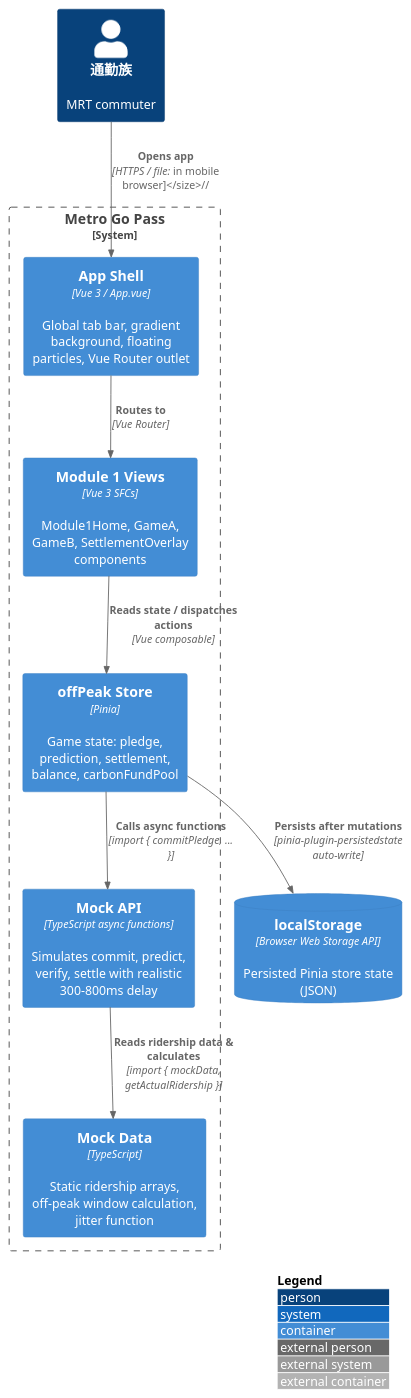
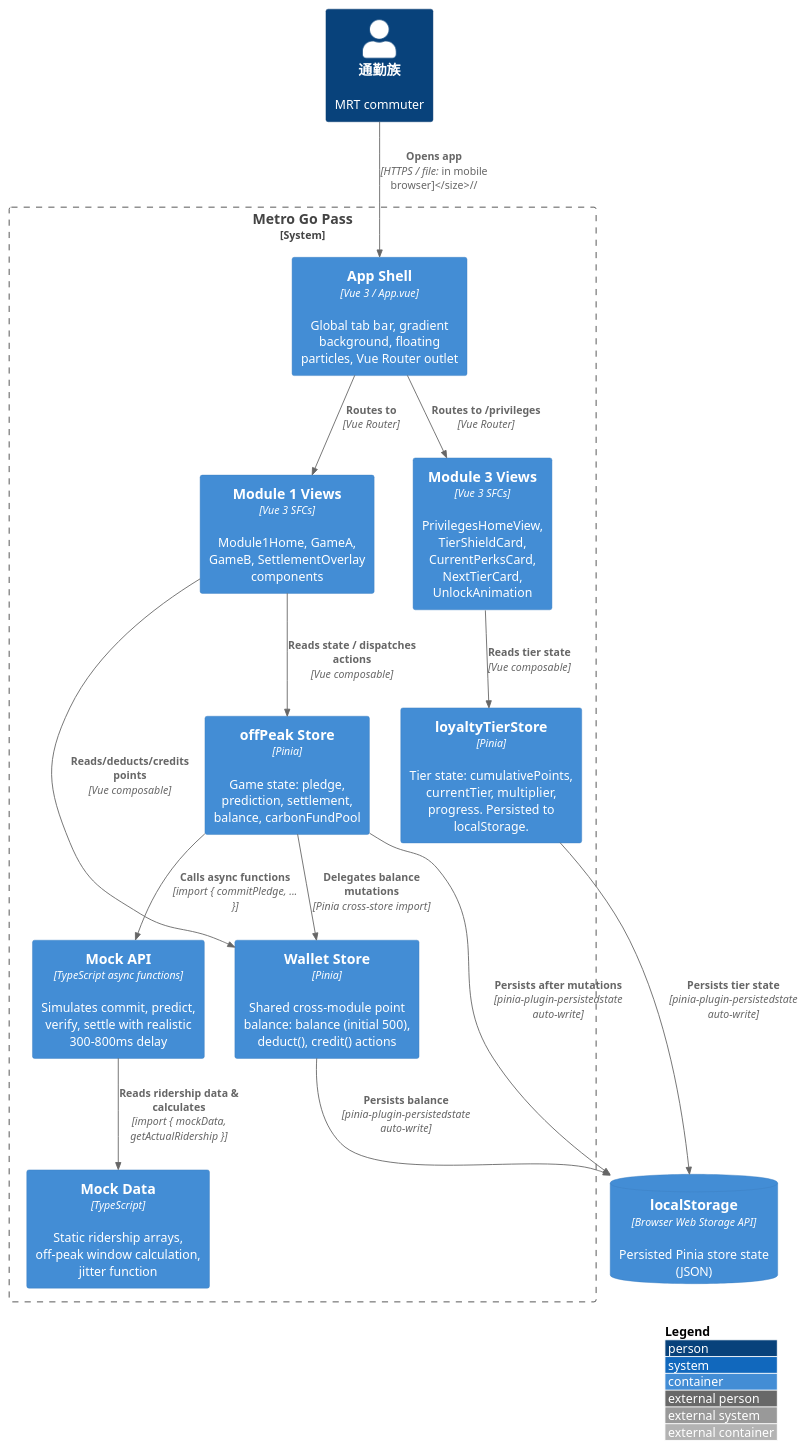
Before and after one commit to xxxthepaulxxx/metro-play: the diagram in docs/architecture/c4-container.puml, drawn with PlantUML. The commit also changed 1 other file, not shown here.

Commit message:
docs(arch): metro-loyalty-tier C4 container update

```diff
--- a/docs/architecture/c4-container.puml
+++ b/docs/architecture/c4-container.puml
@@ -1,34 +1,52 @@
 @startuml c4-container
 !include https://raw.githubusercontent.com/plantuml-stdlib/C4-PlantUML/master/C4_Container.puml
 
 LAYOUT_WITH_LEGEND()
 
 Person(commuter, "通勤族", "MRT commuter")
 
 System_Boundary(metroPlay, "Metro Go Pass") {
   Container(appShell, "App Shell", "Vue 3 / App.vue", "Global tab bar, gradient background, floating particles, Vue Router outlet")
 
   Container(module1, "Module 1 Views", "Vue 3 SFCs", "Module1Home, GameA, GameB, SettlementOverlay components")
 
+  Container(module3, "Module 3 Views", "Vue 3 SFCs", "PrivilegesHomeView, TierShieldCard, CurrentPerksCard, NextTierCard, UnlockAnimation")
+
   Container(store, "offPeak Store", "Pinia", "Game state: pledge, prediction, settlement, balance, carbonFundPool")
+
+  Container(loyaltyStore, "loyaltyTierStore", "Pinia", "Tier state: cumulativePoints, currentTier, multiplier, progress. Persisted to localStorage.")
+
+  Container(walletStore, "Wallet Store", "Pinia", "Shared cross-module point balance: balance (initial 500), deduct(), credit() actions")
 
   Container(mockApi, "Mock API", "TypeScript async functions", "Simulates commit, predict, verify, settle with realistic 300-800ms delay")
 
   Container(mockData, "Mock Data", "TypeScript", "Static ridership arrays, off-peak window calculation, jitter function")
 }
 
 ContainerDb(ls, "localStorage", "Browser Web Storage API", "Persisted Pinia store state (JSON)")
 
 Rel(commuter, appShell, "Opens app", "HTTPS / file:// in mobile browser")
 
 Rel(appShell, module1, "Routes to", "Vue Router")
 
+Rel(appShell, module3, "Routes to /privileges", "Vue Router")
+
 Rel(module1, store, "Reads state / dispatches actions", "Vue composable")
+
+Rel(module3, loyaltyStore, "Reads tier state", "Vue composable")
+
+Rel(module1, walletStore, "Reads/deducts/credits points", "Vue composable")
+
+Rel(store, walletStore, "Delegates balance mutations", "Pinia cross-store import")
 
 Rel(store, mockApi, "Calls async functions", "import { commitPledge, ... }")
 
 Rel(mockApi, mockData, "Reads ridership data & calculates", "import { mockData, getActualRidership }")
 
 Rel(store, ls, "Persists after mutations", "pinia-plugin-persistedstate auto-write")
 
+Rel(loyaltyStore, ls, "Persists tier state", "pinia-plugin-persistedstate auto-write")
+
+Rel(walletStore, ls, "Persists balance", "pinia-plugin-persistedstate auto-write")
+
 @enduml
```
